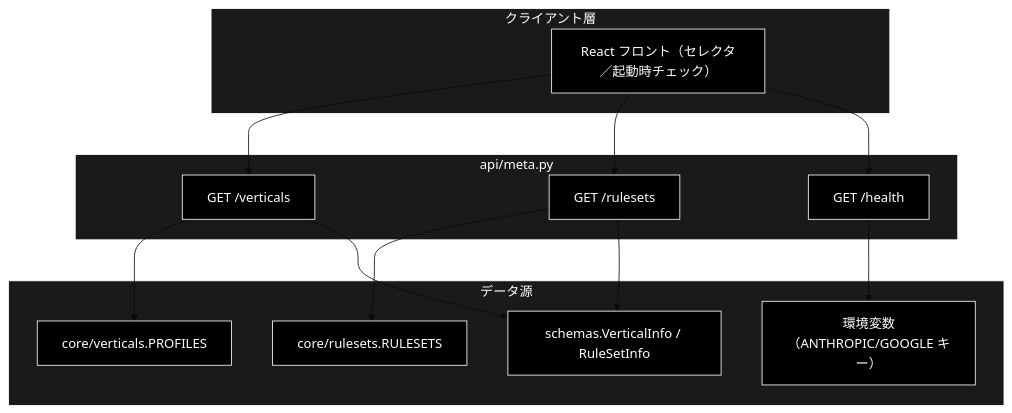
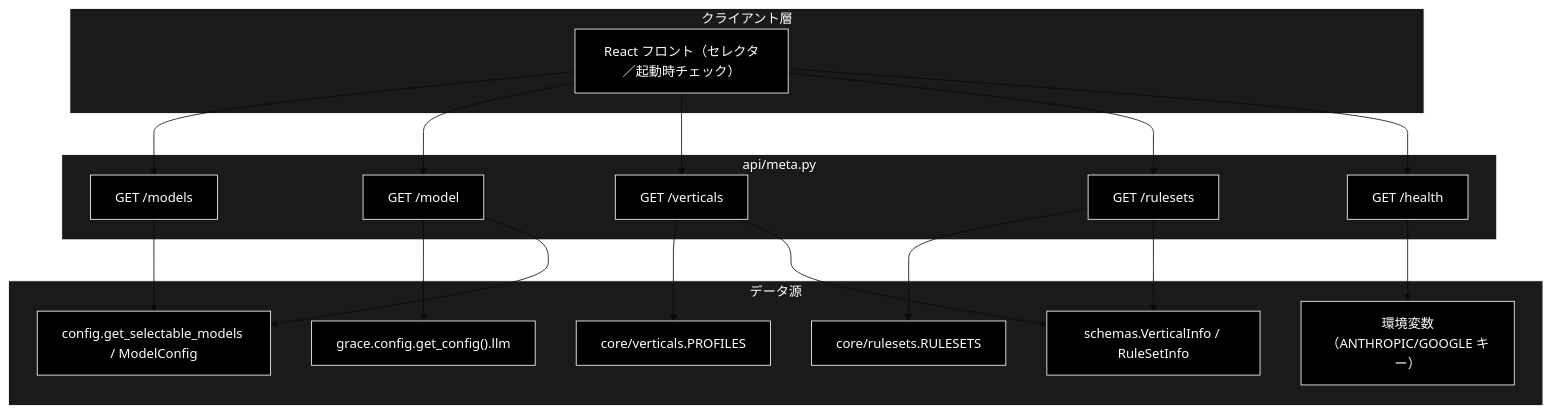
One commit to nakashima2toshio/grace_v2 changed the first of 3 diagrams in backend/docs/reference/api_meta.md. Above: the diagram before and after it, drawn with Mermaid (base theme). The commit also changed other lines of this file and 69 other files, not shown here.

````diff
--- a/backend/docs/reference/api_meta.md
+++ b/backend/docs/reference/api_meta.md
@@ -73,34 +81,43 @@
 ```mermaid
 flowchart TB
     subgraph CLIENT["クライアント層"]
         FE["React フロント（セレクタ／起動時チェック）"]
     end
 
     subgraph MODULE["api/meta.py"]
+        M["GET /models"]
+        MD["GET /model"]
         V["GET /verticals"]
         R["GET /rulesets"]
         H["GET /health"]
     end
 
     subgraph SOURCE["データ源"]
         PROF["core/verticals.PROFILES"]
         RULES["core/rulesets.RULESETS"]
         ENV["環境変数（ANTHROPIC/GOOGLE キー）"]
         SCH["schemas.VerticalInfo / RuleSetInfo"]
+        MCFG["config.get_selectable_models / ModelConfig"]
+        GCFG["grace.config.get_config().llm"]
     end
 
+    FE --> M
+    FE --> MD
+    M --> MCFG
+    MD --> GCFG
+    MD --> MCFG
     FE --> V
     FE --> R
     FE --> H
     V --> PROF
     V --> SCH
     R --> RULES
     R --> SCH
     H --> ENV
 classDef default fill:#000,stroke:#fff,color:#fff
 classDef subgraphStyle fill:#1a1a1a,stroke:#fff,color:#fff
-class FE,V,R,H,PROF,RULES,ENV,SCH default
+class FE,M,MD,V,R,H,PROF,RULES,ENV,SCH,MCFG,GCFG default
 style CLIENT fill:#1a1a1a,stroke:#fff,color:#fff
 style MODULE fill:#1a1a1a,stroke:#fff,color:#fff
 style SOURCE fill:#1a1a1a,stroke:#fff,color:#fff
 ```
````
